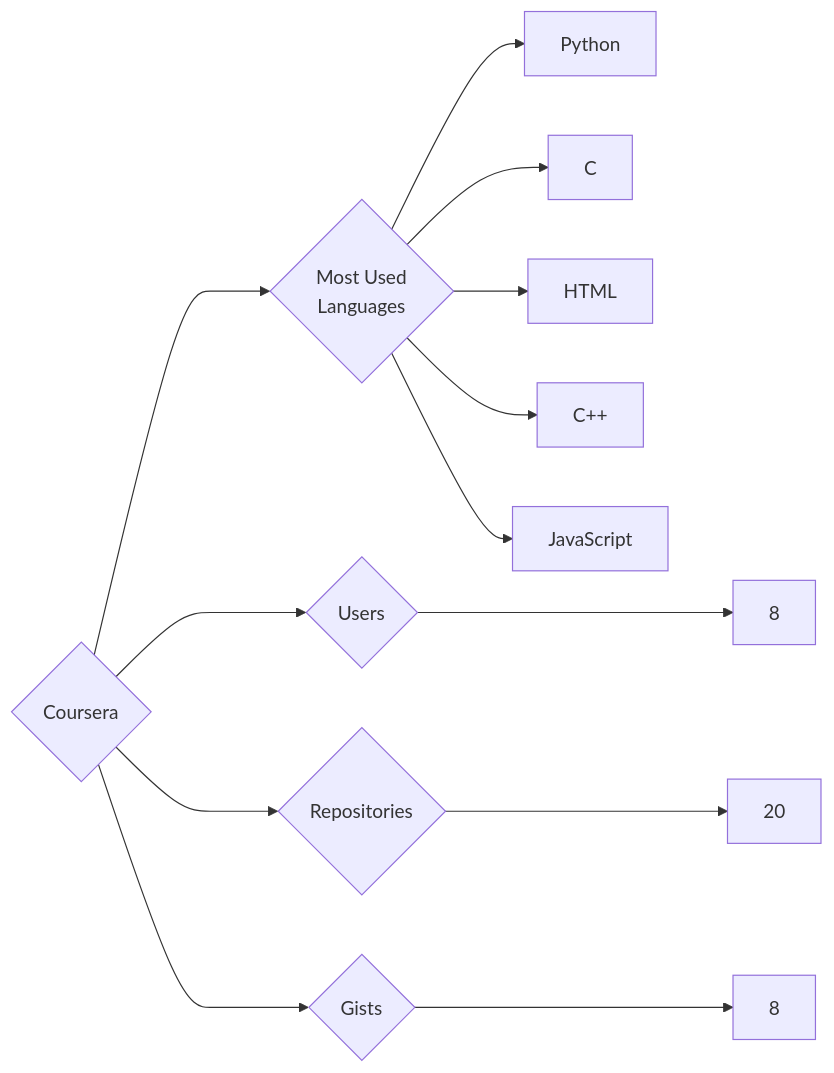
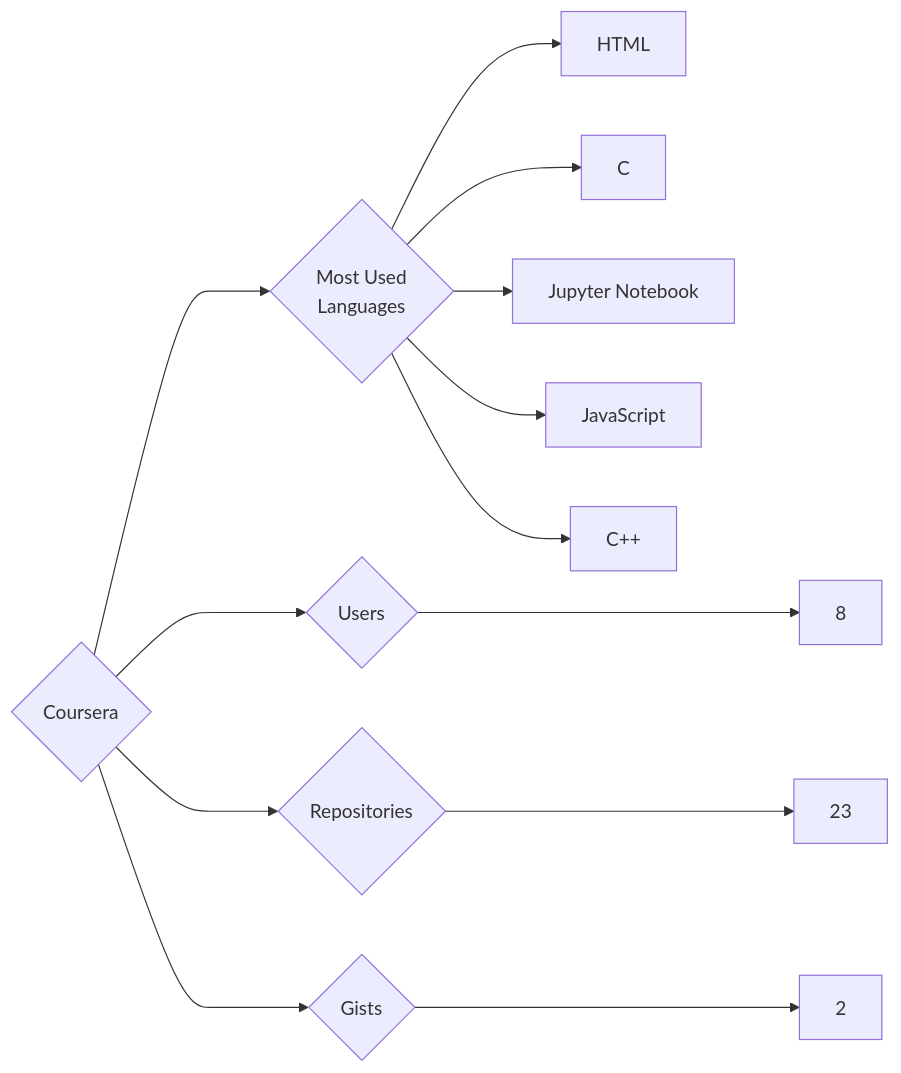
The diagram in targets/Coursera/README.md (trickest/insiders), drawn with Mermaid before and after one commit. The commit also changed 1084 other files, not shown here.

````diff
--- a/targets/Coursera/README.md
+++ b/targets/Coursera/README.md
@@ -3,13 +3,13 @@
 ```mermaid
 graph LR
 COMPANY_NAME{Coursera}
 COMPANY_NAME ---> U{Users} ---> UN[8]
-COMPANY_NAME ---> R{Repositories} ---> RN[20]
-COMPANY_NAME ---> G{Gists} ---> GN[8]
+COMPANY_NAME ---> R{Repositories} ---> RN[23]
+COMPANY_NAME ---> G{Gists} ---> GN[2]
 COMPANY_NAME ---> ML{Most Used<br>Languages}
-ML --> Python[Python]
+ML --> HTML[HTML]
 ML --> C[C]
-ML --> HTML[HTML]
+ML --> Jupyter_Notebook[Jupyter Notebook]
+ML --> JavaScript[JavaScript]
 ML --> C++[C++]
-ML --> JavaScript[JavaScript]
 ```
````
